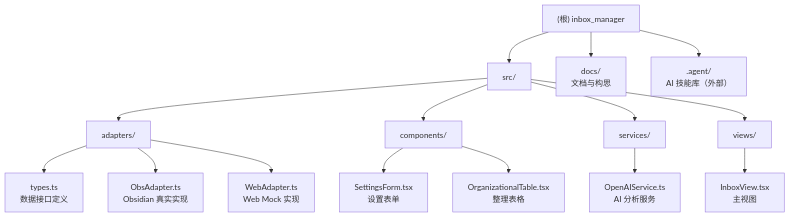
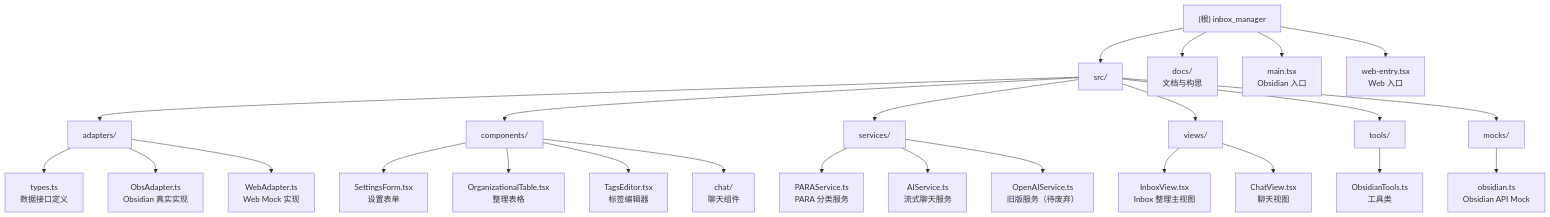
Before and after one commit to air-yan/stonework-ai-inbox: the diagram in CLAUDE.md, drawn with Mermaid. The commit also changed other lines of this file and 23 other files, not shown here.

First line of the commit message:
feat: implement AI-powered inbox management with streaming chat

````diff
--- a/CLAUDE.md
+++ b/CLAUDE.md
@@ -50,27 +81,39 @@
 ```mermaid
 graph TD
     A["(根) inbox_manager"] --> B["src/"];
     B --> C["adapters/"];
     B --> D["components/"];
     B --> E["services/"];
     B --> F["views/"];
+    B --> G["tools/"];
+    B --> H["mocks/"];
 
     C --> C1["types.ts<br/>数据接口定义"];
     C --> C2["ObsAdapter.ts<br/>Obsidian 真实实现"];
     C --> C3["WebAdapter.ts<br/>Web Mock 实现"];
 
     D --> D1["SettingsForm.tsx<br/>设置表单"];
     D --> D2["OrganizationalTable.tsx<br/>整理表格"];
+    D --> D3["TagsEditor.tsx<br/>标签编辑器"];
+    D --> D4["chat/<br/>聊天组件"];
 
-    E --> E1["OpenAIService.ts<br/>AI 分析服务"];
+    E --> E1["PARAService.ts<br/>PARA 分类服务"];
+    E --> E2["AIService.ts<br/>流式聊天服务"];
+    E --> E3["OpenAIService.ts<br/>旧版服务（待废弃）"];
 
-    F --> F1["InboxView.tsx<br/>主视图"];
+    F --> F1["InboxView.tsx<br/>Inbox 整理主视图"];
+    F --> F2["ChatView.tsx<br/>聊天视图"];
 
-    A --> G["docs/<br/>文档与构思"];
-    A --> H[".agent/<br/>AI 技能库（外部）"];
+    G --> G1["ObsidianTools.ts<br/>工具类"];
+
+    H --> H1["obsidian.ts<br/>Obsidian API Mock"];
+
+    A --> I["docs/<br/>文档与构思"];
+    A --> J["main.tsx<br/>Obsidian 入口"];
+    A --> K["web-entry.tsx<br/>Web 入口"];
 
     click C1 "./src/adapters/CLAUDE.md" "查看 adapters 模块文档"
     click D1 "./src/components/CLAUDE.md" "查看 components 模块文档"
     click E1 "./src/services/CLAUDE.md" "查看 services 模块文档"
     click F1 "./src/views/CLAUDE.md" "查看 views 模块文档"
 ```
````
